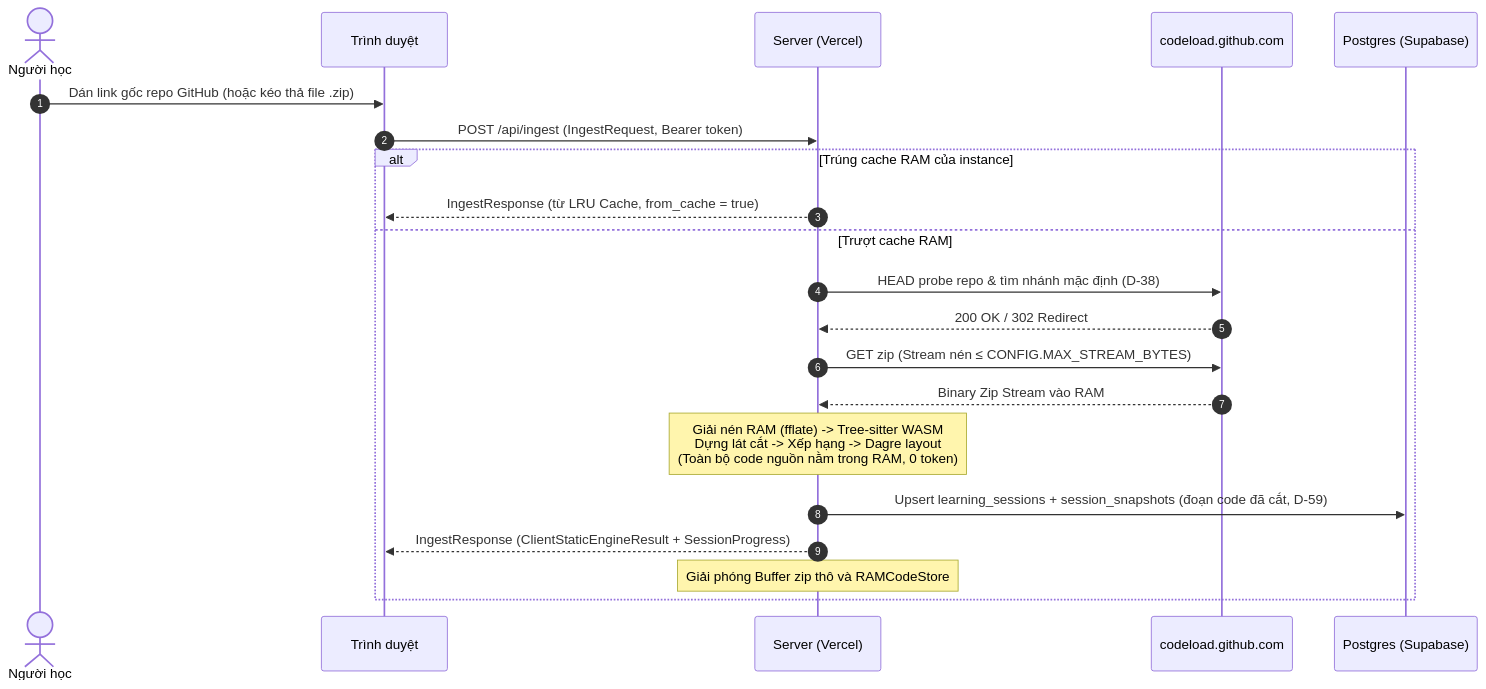
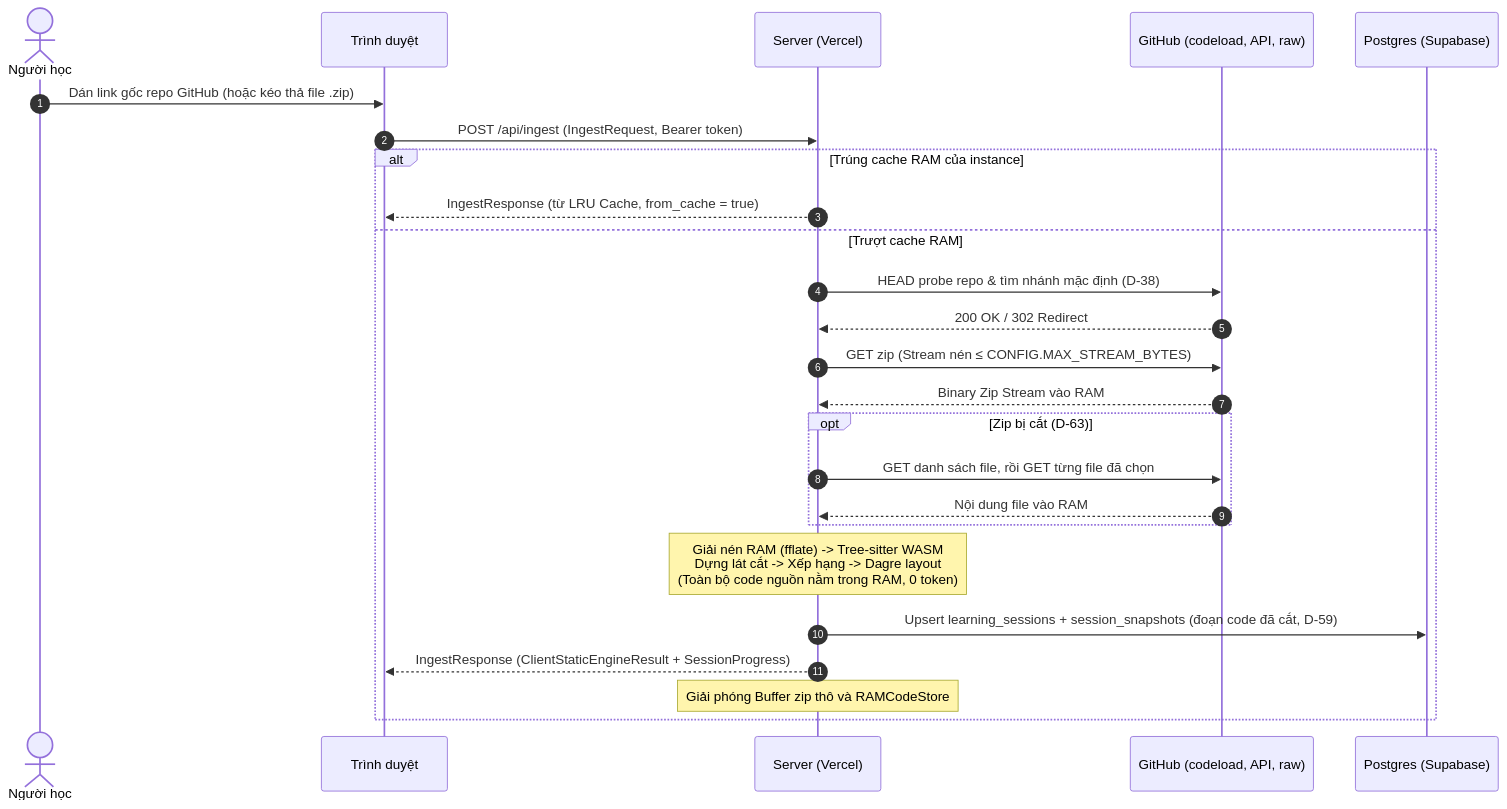
Before and after one commit to huynhthanhnhannnh-pixel/Hackathon_SGU: the fourth of 6 diagrams in spec/04_KIEN_TRUC_TRIEN_KHAI.md, drawn with Mermaid. The commit also changed other lines of this file and 7 other files, not shown here.

Commit message:
docs(spec): D-63 — repo lớn: zip bị cắt thì lấy danh sách file rồi tải chọn lọc

````diff
--- a/spec/04_KIEN_TRUC_TRIEN_KHAI.md
+++ b/spec/04_KIEN_TRUC_TRIEN_KHAI.md
@@ -133,24 +133,28 @@
 ```mermaid
 sequenceDiagram
     autonumber
     actor U as Người học
     participant FE as Trình duyệt
     participant BE as Server (Vercel)
-    participant GH as codeload.github.com
+    participant GH as GitHub (codeload, API, raw)
     participant DB as Postgres (Supabase)
 
     U->>FE: Dán link gốc repo GitHub (hoặc kéo thả file .zip)
     FE->>BE: POST /api/ingest (IngestRequest, Bearer token)
     alt Trúng cache RAM của instance
         BE-->>FE: IngestResponse (từ LRU Cache, from_cache = true)
     else Trượt cache RAM
         BE->>GH: HEAD probe repo & tìm nhánh mặc định (D-38)
         GH-->>BE: 200 OK / 302 Redirect
         BE->>GH: GET zip (Stream nén ≤ CONFIG.MAX_STREAM_BYTES)
         GH-->>BE: Binary Zip Stream vào RAM
+        opt Zip bị cắt (D-63)
+            BE->>GH: GET danh sách file, rồi GET từng file đã chọn
+            GH-->>BE: Nội dung file vào RAM
+        end
         Note over BE: Giải nén RAM (fflate) -> Tree-sitter WASM<br/>Dựng lát cắt -> Xếp hạng -> Dagre layout<br/>(Toàn bộ code nguồn nằm trong RAM, 0 token)
         BE->>DB: Upsert learning_sessions + session_snapshots (đoạn code đã cắt, D-59)
         BE-->>FE: IngestResponse (ClientStaticEngineResult + SessionProgress)
         Note over BE: Giải phóng Buffer zip thô và RAMCodeStore
     end
 ```
````
